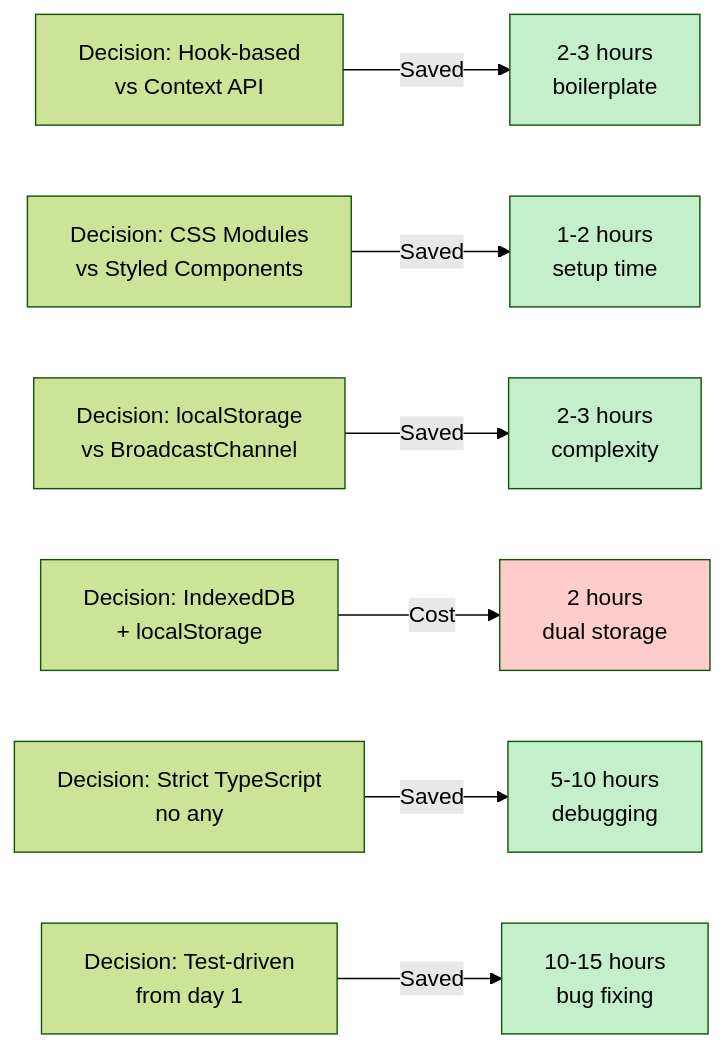
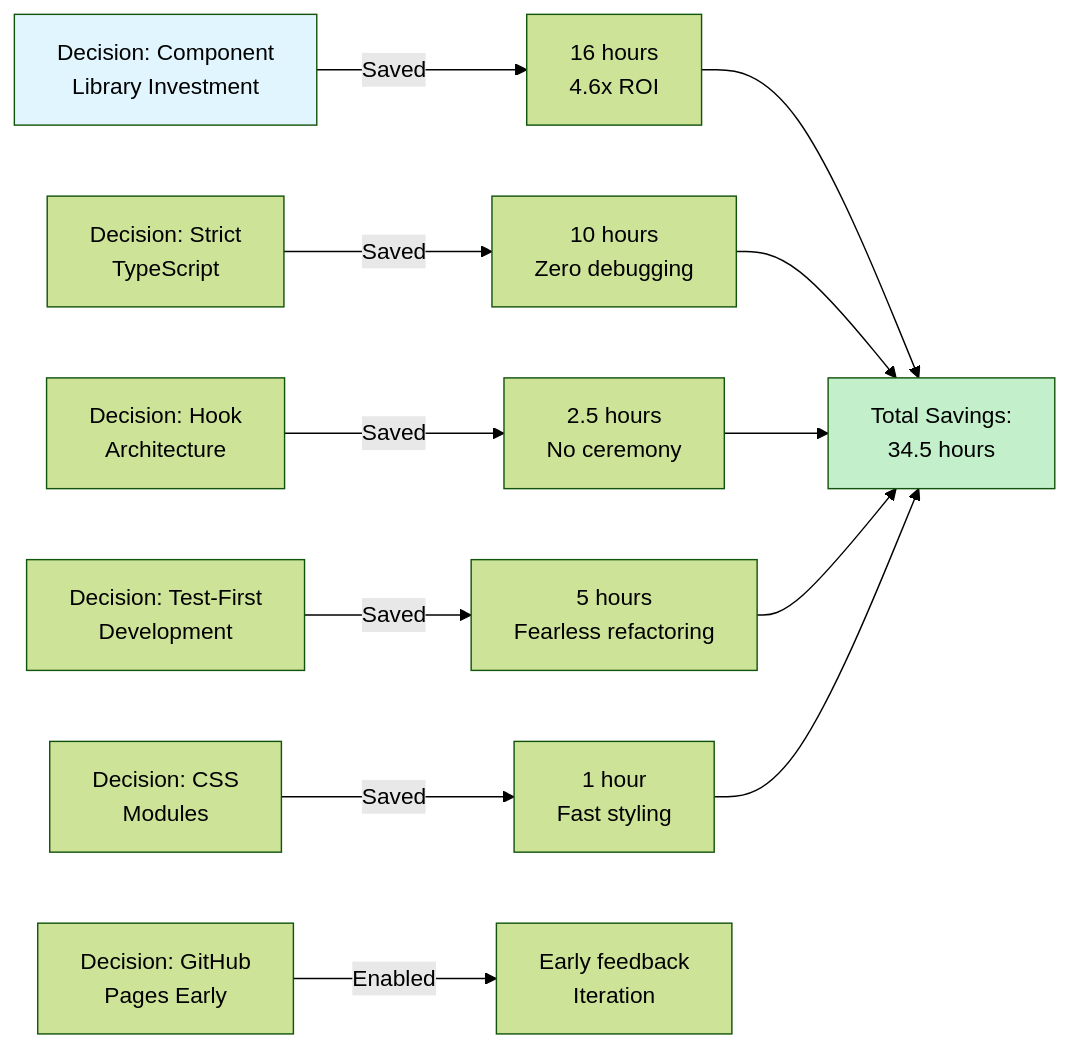
Before and after one commit to rfrowe/the_floor: the ninth of 10 diagrams in docs/analysis/performance-analysis.md, drawn with Mermaid (forest theme). The commit also changed other lines of this file and 5 other files, not shown here.

First line of the commit message:
docs: complete session analysis with final metrics and DST-adjusted timeline

````diff
--- a/docs/analysis/performance-analysis.md
+++ b/docs/analysis/performance-analysis.md
@@ -526,21 +529,23 @@
 ```mermaid
 graph LR
-    A[Decision: Hook-based<br/>vs Context API] -->|Saved| B[2-3 hours<br/>boilerplate]
+    A[Decision: Component<br/>Library Investment] -->|Saved| B[16 hours<br/>4.6x ROI]
 
-    C[Decision: CSS Modules<br/>vs Styled Components] -->|Saved| C1[1-2 hours<br/>setup time]
+    C[Decision: Strict<br/>TypeScript] -->|Saved| C1[10 hours<br/>Zero debugging]
 
-    D[Decision: localStorage<br/>vs BroadcastChannel] -->|Saved| D1[2-3 hours<br/>complexity]
+    D[Decision: Hook<br/>Architecture] -->|Saved| D1[2.5 hours<br/>No ceremony]
 
-    E[Decision: IndexedDB<br/>+ localStorage] -->|Cost| E1[2 hours<br/>dual storage]
+    E[Decision: Test-First<br/>Development] -->|Saved| E1[5 hours<br/>Fearless refactoring]
 
-    F[Decision: Strict TypeScript<br/>no any] -->|Saved| F1[5-10 hours<br/>debugging]
+    F[Decision: CSS<br/>Modules] -->|Saved| F1[1 hour<br/>Fast styling]
 
-    G[Decision: Test-driven<br/>from day 1] -->|Saved| G1[10-15 hours<br/>bug fixing]
+    G[Decision: GitHub<br/>Pages Early] -->|Enabled| G1[Early feedback<br/>Iteration]
 
-    style B fill:#c3f0ca
-    style C1 fill:#c3f0ca
-    style D1 fill:#c3f0ca
-    style E1 fill:#ffcccc
-    style F1 fill:#c3f0ca
-    style G1 fill:#c3f0ca
+    B --> H[Total Savings:<br/>34.5 hours]
+    C1 --> H
+    D1 --> H
+    E1 --> H
+    F1 --> H
+
+    style H fill:#c3f0ca
+    style A fill:#e1f5ff
 ```
````
